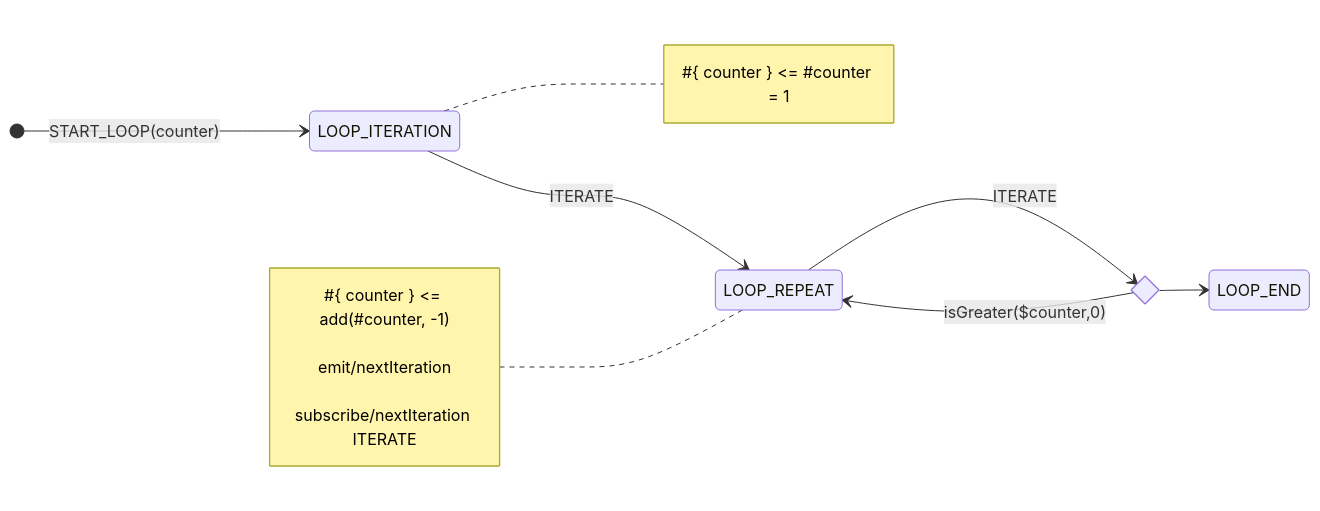
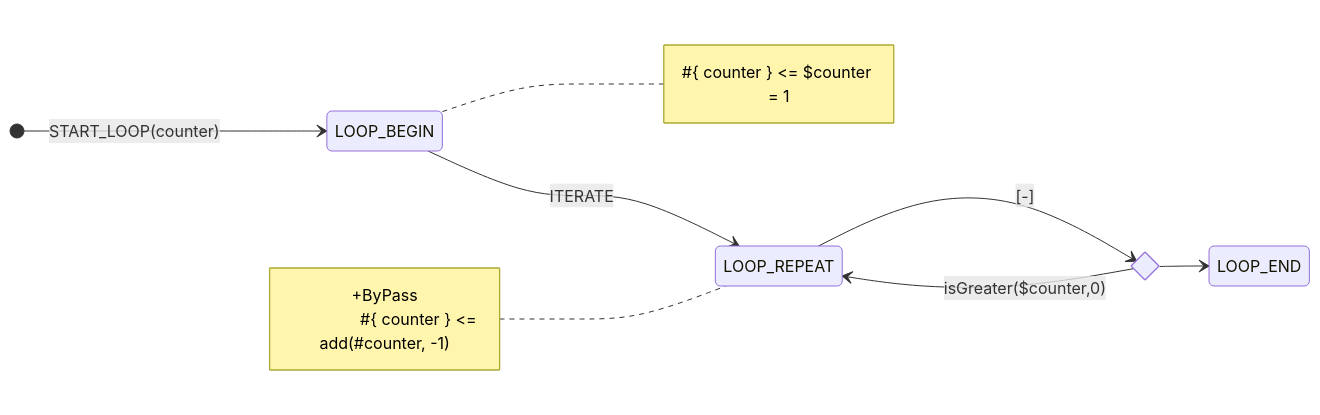
Before and after one commit to tfcp68/yantrix: the diagram in docs/syntax/index.md, drawn with Mermaid. The commit also changed other lines of this file and 7 other files, not shown here.

````diff
--- a/docs/syntax/index.md
+++ b/docs/syntax/index.md
@@ -39,18 +39,17 @@
 ```mermaid
 stateDiagram-v2
 	direction LR
-	[*] --> LOOP_ITERATION: START_LOOP(counter)
-	LOOP_ITERATION --> LOOP_REPEAT: ITERATE
+	[*] --> LOOP_BEGIN: START_LOOP(counter)
+	LOOP_BEGIN --> LOOP_REPEAT: ITERATE
 	state loop_ends <<choice>>
-	LOOP_REPEAT --> loop_ends: ITERATE
+	LOOP_REPEAT --> loop_ends: [-]
 	loop_ends --> LOOP_REPEAT: isGreater($counter,0)
 	loop_ends --> LOOP_END
-	note right of LOOP_ITERATION
-		#{ counter } <= #counter = 1
+	note right of LOOP_BEGIN
+		#{ counter } <= $counter = 1
 	end note
 	note left of LOOP_REPEAT
+		+ByPass
 		#{ counter } <= add(#counter, -1)
-		emit/nextIteration
-		subscribe/nextIteration ITERATE
 	end note
 ```
````
